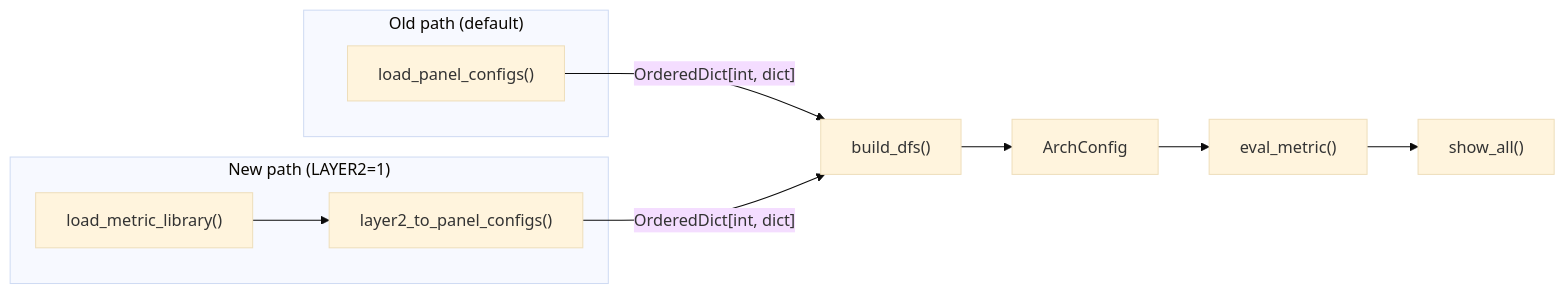
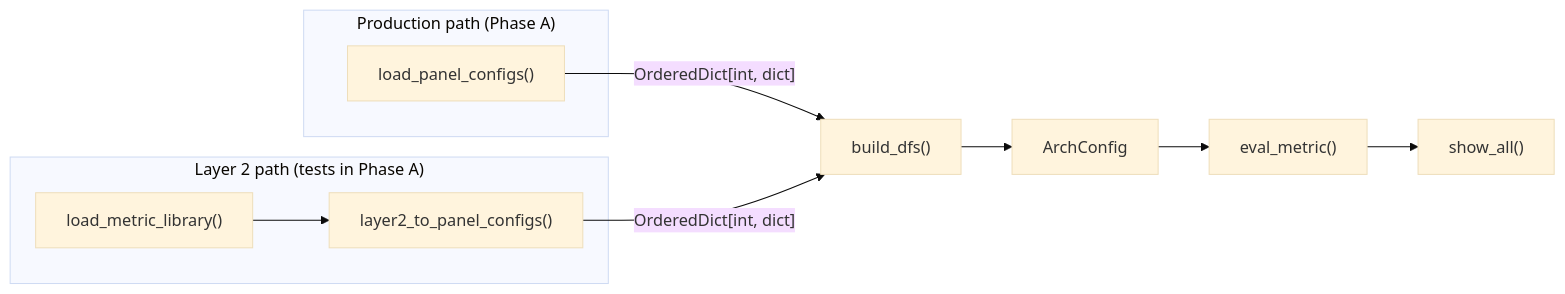
The diagram in projects/rocprofiler-compute/docs/design/analysis-config-redesign/lld-phase1-metric-library.md (ROCm/rocm-systems), drawn with Mermaid (base theme) before and after one commit. The commit also changed other lines of this file and 3 other files, not shown here.

````diff
--- a/projects/rocprofiler-compute/docs/design/analysis-config-redesign/lld-phase1-metric-library.md
+++ b/projects/rocprofiler-compute/docs/design/analysis-config-redesign/lld-phase1-metric-library.md
@@ -514,19 +536,19 @@
 ```mermaid
 flowchart LR
-    subgraph old_path["Old path (default)"]
+    subgraph old_path["Production path (Phase A)"]
         LPC["load_panel_configs()"]
     end
 
-    subgraph new_path["New path (LAYER2=1)"]
+    subgraph new_path["Layer 2 path (tests in Phase A)"]
         LML["load_metric_library()"]
         ADAPT["layer2_to_panel_configs()"]
         LML --> ADAPT
     end
 
     LPC -->|"OrderedDict[int, dict]"| BD["build_dfs()"]
     ADAPT -->|"OrderedDict[int, dict]"| BD
 
     BD --> AC["ArchConfig"]
     AC --> EM["eval_metric()"]
     EM --> SA["show_all()"]
 ```
````
